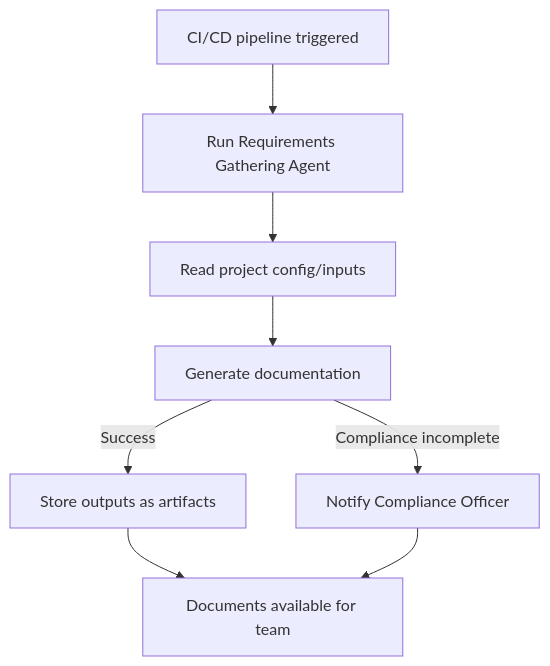
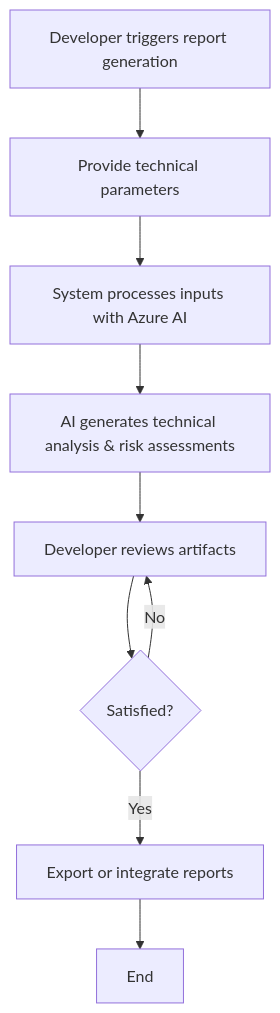
The second of 2 diagrams in requirements/12_ai_process_flow_suggestions.md (mdresch/requirements-gathering-agent), drawn with Mermaid before and after one commit. The commit also changed other lines of this file and 36 other files, not shown here.

First line of the commit message:
Refactor project documentation and planning artifacts for Requirements Gathering Agent

````diff
--- a/requirements/12_ai_process_flow_suggestions.md
+++ b/requirements/12_ai_process_flow_suggestions.md
@@ -83,10 +120,11 @@
 ```mermaid
 graph TD
-    A[CI/CD pipeline triggered] --> B[Run Requirements Gathering Agent]
-    B --> C[Read project config/inputs]
-    C --> D[Generate documentation]
-    D -- Success --> E[Store outputs as artifacts]
-    D -- Compliance incomplete --> F[Notify Compliance Officer]
-    E --> G[Documents available for team]
-    F --> G
+    A[Developer triggers report generation] --> B[Provide technical parameters]
+    B --> C[System processes inputs with Azure AI]
+    C --> D[AI generates technical analysis & risk assessments]
+    D --> E[Developer reviews artifacts]
+    E --> F{Satisfied?}
+    F -- Yes --> G[Export or integrate reports]
+    F -- No --> E
+    G --> H[End]
 ```
````
